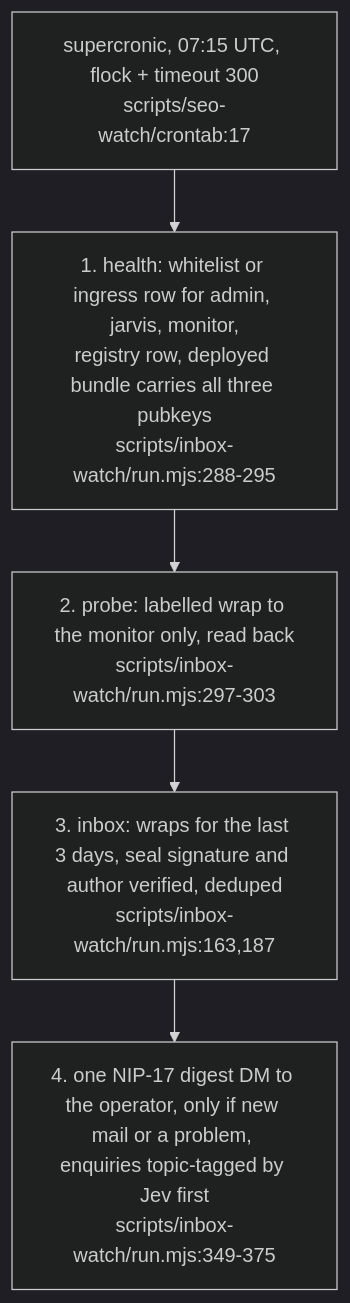
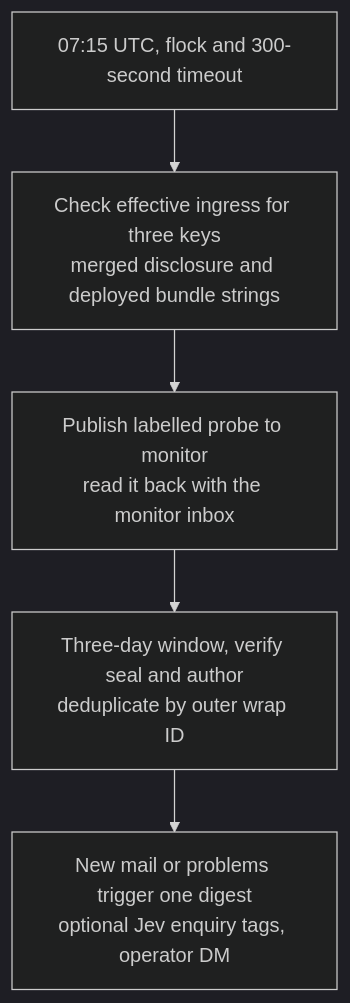
One commit to DreamLab-AI/VisionFlow changed the sixth of 6 diagrams in docs/diagrams/dreamlab-ai-website/07-forum-provisioning-and-seeding.md. Above: the diagram before and after it, drawn with Mermaid (dark theme). The commit also changed other lines of this file and 25 other files, not shown here.

Commit message:
docs: audit website identity and inbox delivery boundaries

````diff
--- a/docs/diagrams/dreamlab-ai-website/07-forum-provisioning-and-seeding.md
+++ b/docs/diagrams/dreamlab-ai-website/07-forum-provisioning-and-seeding.md
@@ -104,7 +104,14 @@
 ```mermaid
 flowchart TB
-    CRON["supercronic, 07:15 UTC, flock + timeout 300<br/>scripts/seo-watch/crontab:17"] --> HEALTH["1. health: whitelist or ingress row for admin, jarvis, monitor,<br/>registry row, deployed bundle carries all three pubkeys<br/>scripts/inbox-watch/run.mjs:288-295"]
-    HEALTH --> PROBE["2. probe: labelled wrap to the monitor only, read back<br/>scripts/inbox-watch/run.mjs:297-303"]
-    PROBE --> INBOX["3. inbox: wraps for the last 3 days, seal signature and author verified, deduped<br/>scripts/inbox-watch/run.mjs:163,187"]
-    INBOX --> ALERT["4. one NIP-17 digest DM to the operator, only if new mail or a problem, enquiries topic-tagged by Jev first<br/>scripts/inbox-watch/run.mjs:349-375"]
+    %% Source: ../dreamlab-ai-website/scripts/seo-watch/crontab:17
+    A["07:15 UTC, flock and 300-second timeout"]
+    %% Source: ../dreamlab-ai-website/scripts/inbox-watch/run.mjs:288
+    A --> B["Check effective ingress for three keys<br/>merged disclosure and deployed bundle strings"]
+    %% Source: ../dreamlab-ai-website/scripts/inbox-watch/run.mjs:297
+    B --> C["Publish labelled probe to monitor<br/>read it back with the monitor inbox"]
+    %% Source: ../dreamlab-ai-website/scripts/inbox-watch/run.mjs:187
+    %% Source: ../dreamlab-ai-website/scripts/inbox-watch/run.mjs:314
+    C --> D["Three-day window, verify seal and author<br/>deduplicate by outer wrap ID"]
+    %% Source: ../dreamlab-ai-website/scripts/inbox-watch/run.mjs:349
+    D --> E["New mail or problems trigger one digest<br/>optional Jev enquiry tags, operator DM"]
 ```
````
